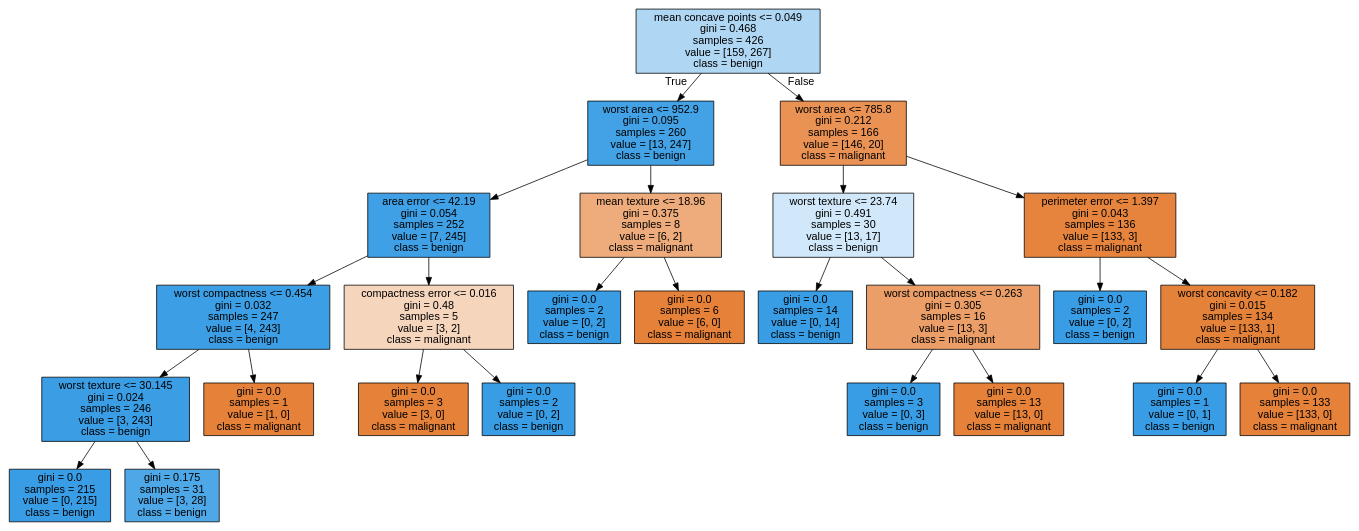
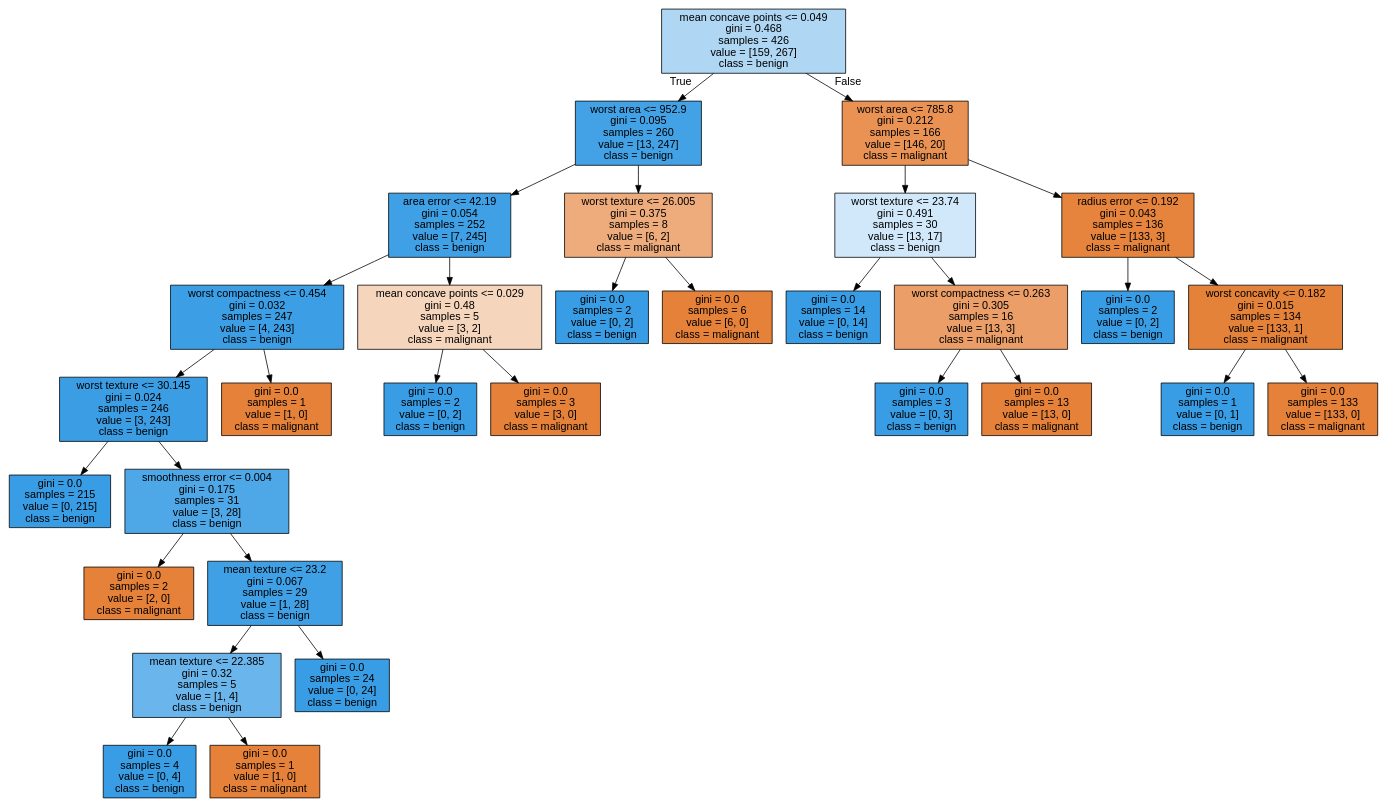
The diagram in archive_all_lesson/l5_dt/Source.gv (Animmant/amazinium_2026_tasks), drawn with Graphviz before and after one commit. The commit also changed 1 other file, not shown here.

Commit message:
l5: add КОСТИЛЬ замість graphviz

```diff
--- a/archive_all_lesson/l5_dt/Source.gv
+++ b/archive_all_lesson/l5_dt/Source.gv
@@ -1,53 +1,65 @@
 digraph Tree {
 node [shape=box, style="filled", color="black", fontname="helvetica"] ;
 edge [fontname="helvetica"] ;
 0 [label="mean concave points <= 0.049\ngini = 0.468\nsamples = 426\nvalue = [159, 267]\nclass = benign", fillcolor="#afd7f4"] ;
 1 [label="worst area <= 952.9\ngini = 0.095\nsamples = 260\nvalue = [13, 247]\nclass = benign", fillcolor="#43a2e6"] ;
 0 -> 1 [labeldistance=2.5, labelangle=45, headlabel="True"] ;
 2 [label="area error <= 42.19\ngini = 0.054\nsamples = 252\nvalue = [7, 245]\nclass = benign", fillcolor="#3fa0e6"] ;
 1 -> 2 ;
 3 [label="worst compactness <= 0.454\ngini = 0.032\nsamples = 247\nvalue = [4, 243]\nclass = benign", fillcolor="#3c9fe5"] ;
 2 -> 3 ;
 4 [label="worst texture <= 30.145\ngini = 0.024\nsamples = 246\nvalue = [3, 243]\nclass = benign", fillcolor="#3b9ee5"] ;
 3 -> 4 ;
 5 [label="gini = 0.0\nsamples = 215\nvalue = [0, 215]\nclass = benign", fillcolor="#399de5"] ;
 4 -> 5 ;
-6 [label="gini = 0.175\nsamples = 31\nvalue = [3, 28]\nclass = benign", fillcolor="#4ea8e8"] ;
+6 [label="smoothness error <= 0.004\ngini = 0.175\nsamples = 31\nvalue = [3, 28]\nclass = benign", fillcolor="#4ea8e8"] ;
 4 -> 6 ;
-7 [label="gini = 0.0\nsamples = 1\nvalue = [1, 0]\nclass = malignant", fillcolor="#e58139"] ;
-3 -> 7 ;
-8 [label="compactness error <= 0.016\ngini = 0.48\nsamples = 5\nvalue = [3, 2]\nclass = malignant", fillcolor="#f6d5bd"] ;
-2 -> 8 ;
-9 [label="gini = 0.0\nsamples = 3\nvalue = [3, 0]\nclass = malignant", fillcolor="#e58139"] ;
+7 [label="gini = 0.0\nsamples = 2\nvalue = [2, 0]\nclass = malignant", fillcolor="#e58139"] ;
+6 -> 7 ;
+8 [label="mean texture <= 23.2\ngini = 0.067\nsamples = 29\nvalue = [1, 28]\nclass = benign", fillcolor="#40a0e6"] ;
+6 -> 8 ;
+9 [label="mean texture <= 22.385\ngini = 0.32\nsamples = 5\nvalue = [1, 4]\nclass = benign", fillcolor="#6ab6ec"] ;
 8 -> 9 ;
-10 [label="gini = 0.0\nsamples = 2\nvalue = [0, 2]\nclass = benign", fillcolor="#399de5"] ;
-8 -> 10 ;
-11 [label="mean texture <= 18.96\ngini = 0.375\nsamples = 8\nvalue = [6, 2]\nclass = malignant", fillcolor="#eeab7b"] ;
-1 -> 11 ;
-12 [label="gini = 0.0\nsamples = 2\nvalue = [0, 2]\nclass = benign", fillcolor="#399de5"] ;
-11 -> 12 ;
-13 [label="gini = 0.0\nsamples = 6\nvalue = [6, 0]\nclass = malignant", fillcolor="#e58139"] ;
-11 -> 13 ;
-14 [label="worst area <= 785.8\ngini = 0.212\nsamples = 166\nvalue = [146, 20]\nclass = malignant", fillcolor="#e99254"] ;
-0 -> 14 [labeldistance=2.5, labelangle=-45, headlabel="False"] ;
-15 [label="worst texture <= 23.74\ngini = 0.491\nsamples = 30\nvalue = [13, 17]\nclass = benign", fillcolor="#d0e8f9"] ;
+10 [label="gini = 0.0\nsamples = 4\nvalue = [0, 4]\nclass = benign", fillcolor="#399de5"] ;
+9 -> 10 ;
+11 [label="gini = 0.0\nsamples = 1\nvalue = [1, 0]\nclass = malignant", fillcolor="#e58139"] ;
+9 -> 11 ;
+12 [label="gini = 0.0\nsamples = 24\nvalue = [0, 24]\nclass = benign", fillcolor="#399de5"] ;
+8 -> 12 ;
+13 [label="gini = 0.0\nsamples = 1\nvalue = [1, 0]\nclass = malignant", fillcolor="#e58139"] ;
+3 -> 13 ;
+14 [label="mean concave points <= 0.029\ngini = 0.48\nsamples = 5\nvalue = [3, 2]\nclass = malignant", fillcolor="#f6d5bd"] ;
+2 -> 14 ;
+15 [label="gini = 0.0\nsamples = 2\nvalue = [0, 2]\nclass = benign", fillcolor="#399de5"] ;
 14 -> 15 ;
-16 [label="gini = 0.0\nsamples = 14\nvalue = [0, 14]\nclass = benign", fillcolor="#399de5"] ;
-15 -> 16 ;
-17 [label="worst compactness <= 0.263\ngini = 0.305\nsamples = 16\nvalue = [13, 3]\nclass = malignant", fillcolor="#eb9e67"] ;
-15 -> 17 ;
-18 [label="gini = 0.0\nsamples = 3\nvalue = [0, 3]\nclass = benign", fillcolor="#399de5"] ;
+16 [label="gini = 0.0\nsamples = 3\nvalue = [3, 0]\nclass = malignant", fillcolor="#e58139"] ;
+14 -> 16 ;
+17 [label="worst texture <= 26.005\ngini = 0.375\nsamples = 8\nvalue = [6, 2]\nclass = malignant", fillcolor="#eeab7b"] ;
+1 -> 17 ;
+18 [label="gini = 0.0\nsamples = 2\nvalue = [0, 2]\nclass = benign", fillcolor="#399de5"] ;
 17 -> 18 ;
-19 [label="gini = 0.0\nsamples = 13\nvalue = [13, 0]\nclass = malignant", fillcolor="#e58139"] ;
+19 [label="gini = 0.0\nsamples = 6\nvalue = [6, 0]\nclass = malignant", fillcolor="#e58139"] ;
 17 -> 19 ;
-20 [label="perimeter error <= 1.397\ngini = 0.043\nsamples = 136\nvalue = [133, 3]\nclass = malignant", fillcolor="#e6843d"] ;
-14 -> 20 ;
-21 [label="gini = 0.0\nsamples = 2\nvalue = [0, 2]\nclass = benign", fillcolor="#399de5"] ;
+20 [label="worst area <= 785.8\ngini = 0.212\nsamples = 166\nvalue = [146, 20]\nclass = malignant", fillcolor="#e99254"] ;
+0 -> 20 [labeldistance=2.5, labelangle=-45, headlabel="False"] ;
+21 [label="worst texture <= 23.74\ngini = 0.491\nsamples = 30\nvalue = [13, 17]\nclass = benign", fillcolor="#d0e8f9"] ;
 20 -> 21 ;
-22 [label="worst concavity <= 0.182\ngini = 0.015\nsamples = 134\nvalue = [133, 1]\nclass = malignant", fillcolor="#e5823a"] ;
-20 -> 22 ;
-23 [label="gini = 0.0\nsamples = 1\nvalue = [0, 1]\nclass = benign", fillcolor="#399de5"] ;
-22 -> 23 ;
-24 [label="gini = 0.0\nsamples = 133\nvalue = [133, 0]\nclass = malignant", fillcolor="#e58139"] ;
-22 -> 24 ;
+22 [label="gini = 0.0\nsamples = 14\nvalue = [0, 14]\nclass = benign", fillcolor="#399de5"] ;
+21 -> 22 ;
+23 [label="worst compactness <= 0.263\ngini = 0.305\nsamples = 16\nvalue = [13, 3]\nclass = malignant", fillcolor="#eb9e67"] ;
+21 -> 23 ;
+24 [label="gini = 0.0\nsamples = 3\nvalue = [0, 3]\nclass = benign", fillcolor="#399de5"] ;
+23 -> 24 ;
+25 [label="gini = 0.0\nsamples = 13\nvalue = [13, 0]\nclass = malignant", fillcolor="#e58139"] ;
+23 -> 25 ;
+26 [label="radius error <= 0.192\ngini = 0.043\nsamples = 136\nvalue = [133, 3]\nclass = malignant", fillcolor="#e6843d"] ;
+20 -> 26 ;
+27 [label="gini = 0.0\nsamples = 2\nvalue = [0, 2]\nclass = benign", fillcolor="#399de5"] ;
+26 -> 27 ;
+28 [label="worst concavity <= 0.182\ngini = 0.015\nsamples = 134\nvalue = [133, 1]\nclass = malignant", fillcolor="#e5823a"] ;
+26 -> 28 ;
+29 [label="gini = 0.0\nsamples = 1\nvalue = [0, 1]\nclass = benign", fillcolor="#399de5"] ;
+28 -> 29 ;
+30 [label="gini = 0.0\nsamples = 133\nvalue = [133, 0]\nclass = malignant", fillcolor="#e58139"] ;
+28 -> 30 ;
 }
```
